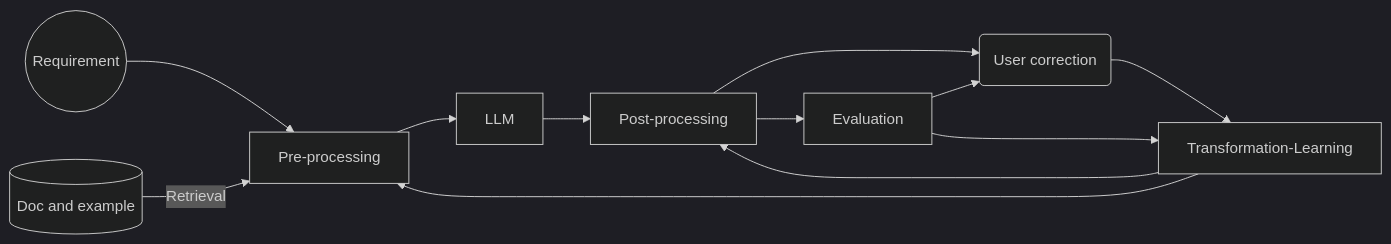
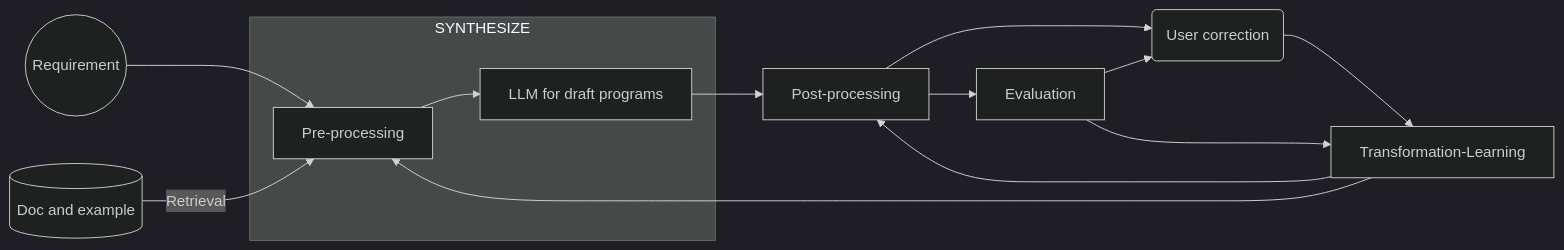
One commit to AI-LLM/ai-llm.github.io changed the second of 2 diagrams in Code-Generation.md. Above: the diagram before and after it, drawn with Mermaid (dark theme).

````diff
--- a/Code-Generation.md
+++ b/Code-Generation.md
@@ -59,14 +59,16 @@
 ```mermaid
 graph LR;
 S((Requirement))-->Pre-processing
 doc[(Doc and example)] -- Retrieval --> Pre-processing
-Pre-processing --> LLM
-LLM --> Post-processing
+subgraph SYNTHESIZE
+Pre-processing --> LLMsynth[LLM for draft programs]
+end
+LLMsynth --> Post-processing
 Post-processing --> Evaluation
 Post-processing --> U(User correction)
 Evaluation --> U
 U --> Transformation-Learning
 Evaluation --> Transformation-Learning
 Transformation-Learning --> Post-processing
 Transformation-Learning --> Pre-processing
 ```
````
